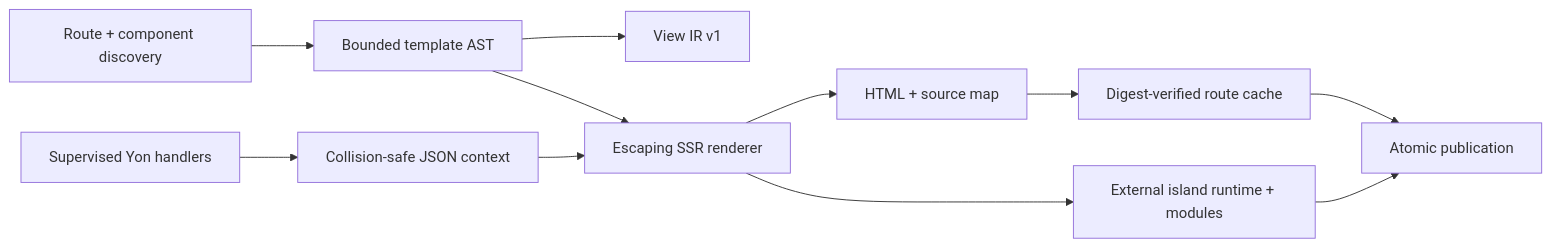
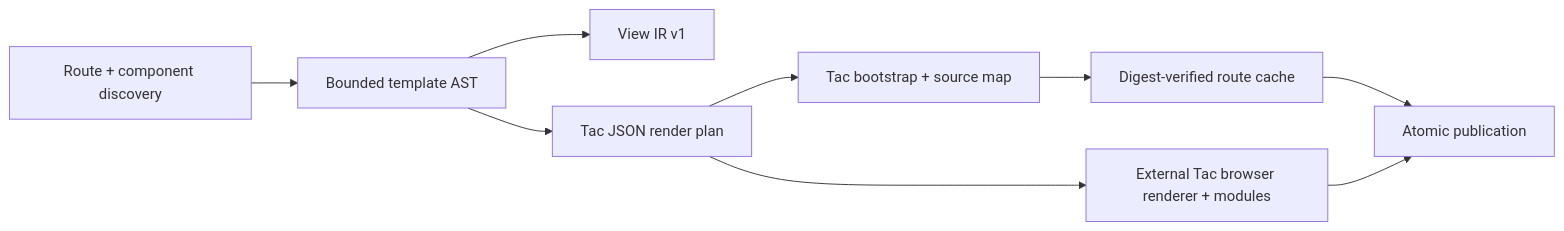
The third of 4 diagrams in docs/architecture/OVERVIEW.md (d31ma/Tachyon), drawn with Mermaid before and after one commit. The commit also changed other lines of this file and 172 other files, not shown here.

````diff
--- a/docs/architecture/OVERVIEW.md
+++ b/docs/architecture/OVERVIEW.md
@@ -110,13 +129,11 @@
 ```mermaid
 flowchart LR
     D["Route + component discovery"] --> T["Bounded template AST"]
     T --> I["View IR v1"]
-    H["Supervised Yon handlers"] --> C["Collision-safe JSON context"]
-    C --> R["Escaping SSR renderer"]
-    T --> R
-    R --> O["HTML + source map"]
-    R --> B["External island runtime + modules"]
-    O --> V["Digest-verified route cache"]
+    T --> R["Tac JSON render plan"]
+    R --> B["External Tac browser renderer + modules"]
+    R --> O2["Tac bootstrap + source map"]
+    O2 --> V
+    V["Digest-verified route cache"] --> P["Atomic publication"]
     B --> P["Atomic publication"]
-    V --> P
 ```
````
